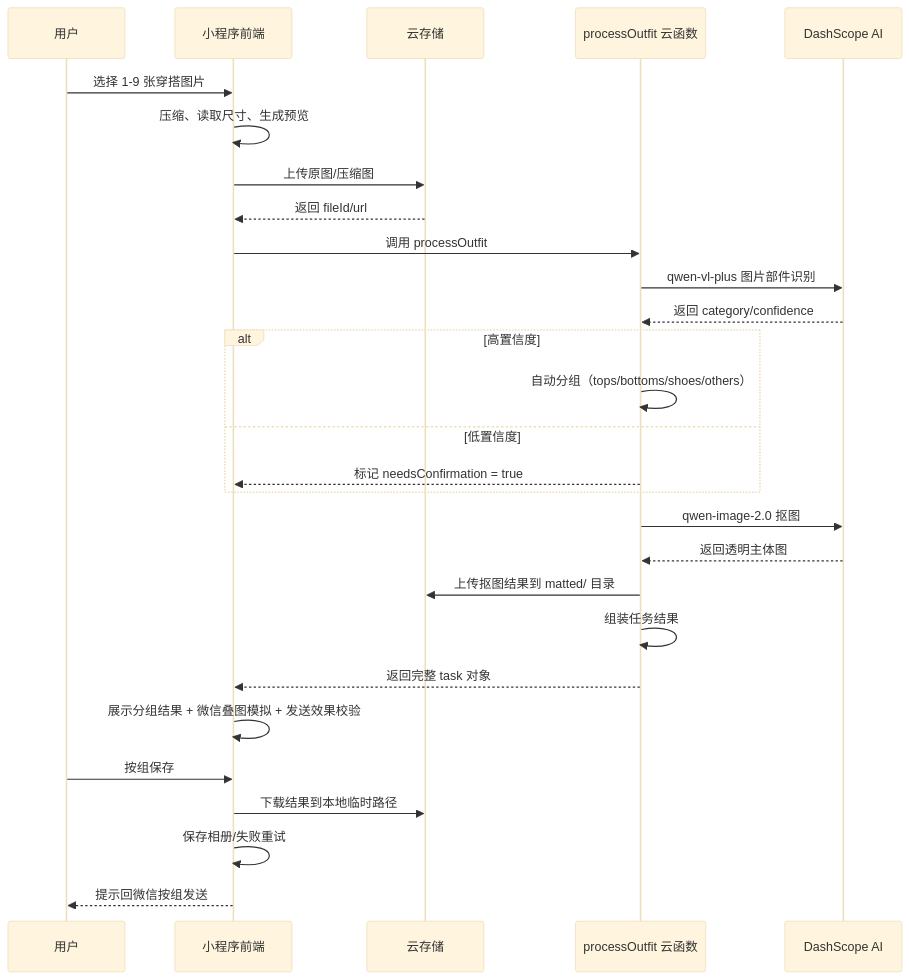
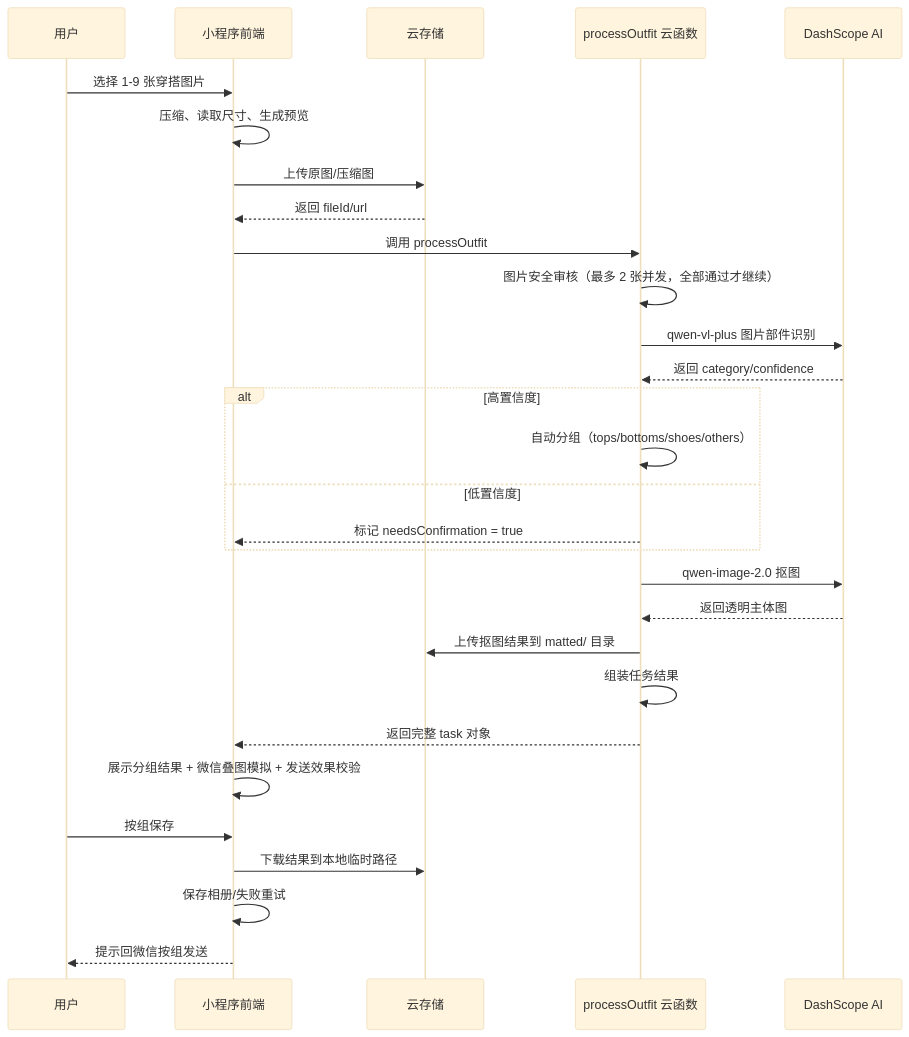
One commit to Yiyang0659/WePicTool changed the second of 3 diagrams in docs/product/TECHNICAL_SPEC.md. Above: the diagram before and after it, drawn with Mermaid (base theme). The commit also changed other lines of this file and 13 other files, not shown here.

````diff
--- a/docs/product/TECHNICAL_SPEC.md
+++ b/docs/product/TECHNICAL_SPEC.md
@@ -339,33 +341,34 @@
 ```mermaid
 sequenceDiagram
     participant U as 用户
     participant FE as 小程序前端
     participant ST as 云存储
     participant CF as processOutfit 云函数
     participant AI as DashScope AI
 
     U->>FE: 选择 1-9 张穿搭图片
     FE->>FE: 压缩、读取尺寸、生成预览
     FE->>ST: 上传原图/压缩图
     ST-->>FE: 返回 fileId/url
     FE->>CF: 调用 processOutfit
+    CF->>CF: 图片安全审核（最多 2 张并发，全部通过才继续）
     CF->>AI: qwen-vl-plus 图片部件识别
     AI-->>CF: 返回 category/confidence
 
     alt 高置信度
         CF->>CF: 自动分组（tops/bottoms/shoes/others）
     else 低置信度
         CF-->>FE: 标记 needsConfirmation = true
     end
 
     CF->>AI: qwen-image-2.0 抠图
     AI-->>CF: 返回透明主体图
     CF->>ST: 上传抠图结果到 matted/ 目录
     CF->>CF: 组装任务结果
     CF-->>FE: 返回完整 task 对象
     FE->>FE: 展示分组结果 + 微信叠图模拟 + 发送效果校验
     U->>FE: 按组保存
     FE->>ST: 下载结果到本地临时路径
     FE->>FE: 保存相册/失败重试
     FE-->>U: 提示回微信按组发送
 ```
````
